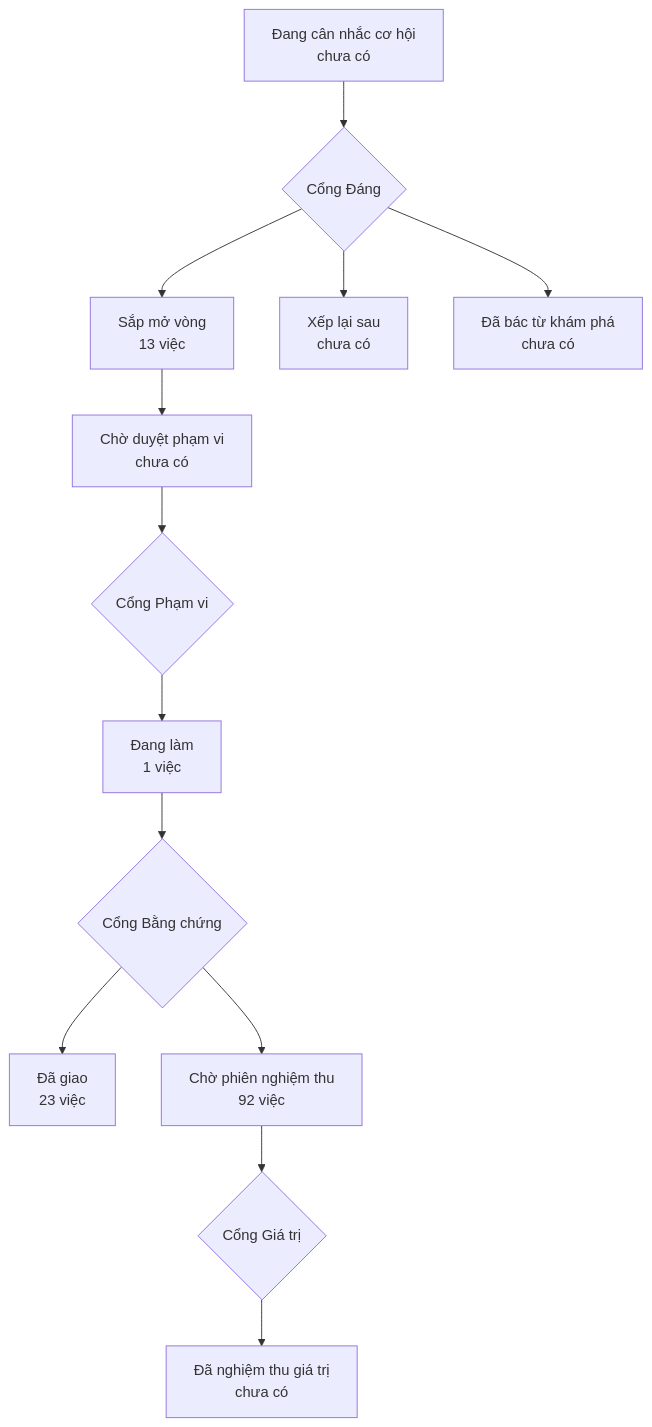
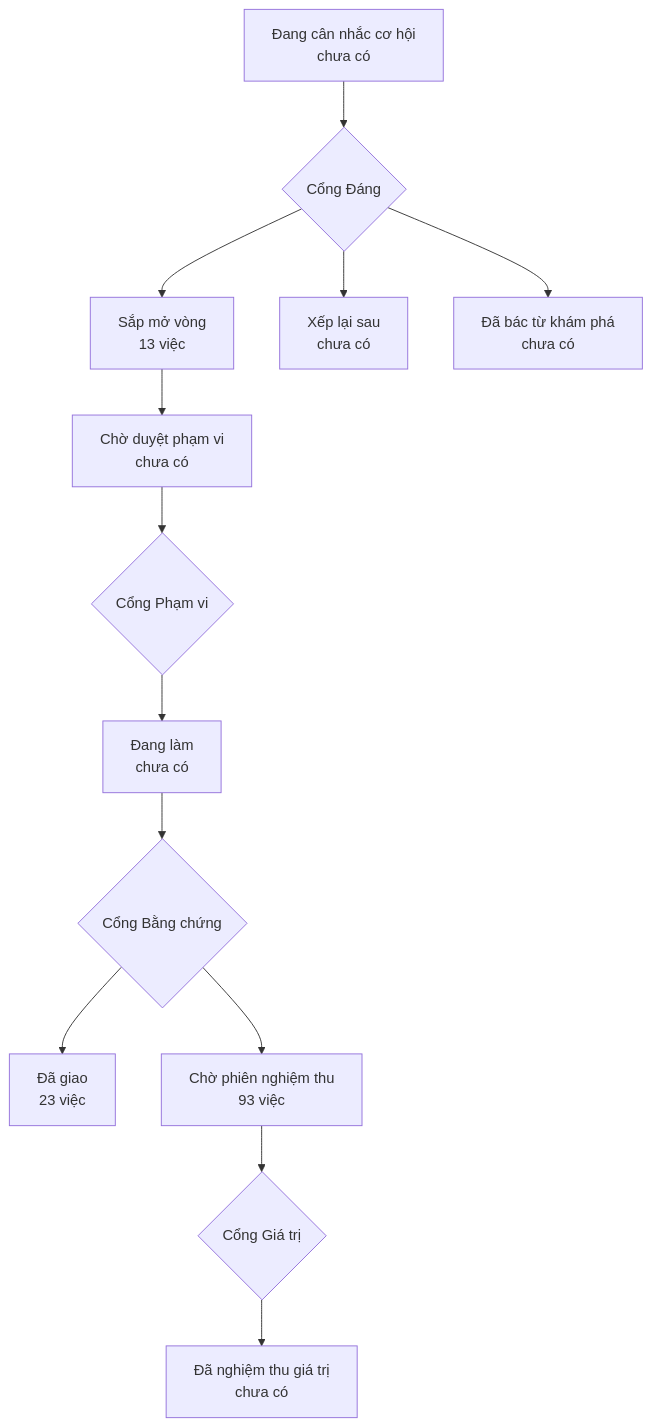
The diagram in PRODUCT-MAP.md (phanlemanh/onehub-quy-hang), drawn with Mermaid before and after one commit. The commit also changed other lines of this file and 4 other files, not shown here.

````diff
--- a/PRODUCT-MAP.md
+++ b/PRODUCT-MAP.md
@@ -7,12 +7,12 @@
 ```mermaid
 flowchart TD
   A["Đang cân nhắc cơ hội<br/>chưa có"] --> GD{"Cổng Đáng"}
   GD --> B["Sắp mở vòng<br/>13 việc"]
   GD --> XL["Xếp lại sau<br/>chưa có"]
   GD --> DB["Đã bác từ khám phá<br/>chưa có"]
   B --> CD["Chờ duyệt phạm vi<br/>chưa có"] --> GP{"Cổng Phạm vi"}
-  GP --> DL["Đang làm<br/>1 việc"] --> GB{"Cổng Bằng chứng"}
+  GP --> DL["Đang làm<br/>chưa có"] --> GB{"Cổng Bằng chứng"}
   GB --> DG["Đã giao<br/>23 việc"]
-  GB --> CN["Chờ phiên nghiệm thu<br/>92 việc"] --> GG{"Cổng Giá trị"}
+  GB --> CN["Chờ phiên nghiệm thu<br/>93 việc"] --> GG{"Cổng Giá trị"}
   GG --> NT["Đã nghiệm thu giá trị<br/>chưa có"]
 ```
````
